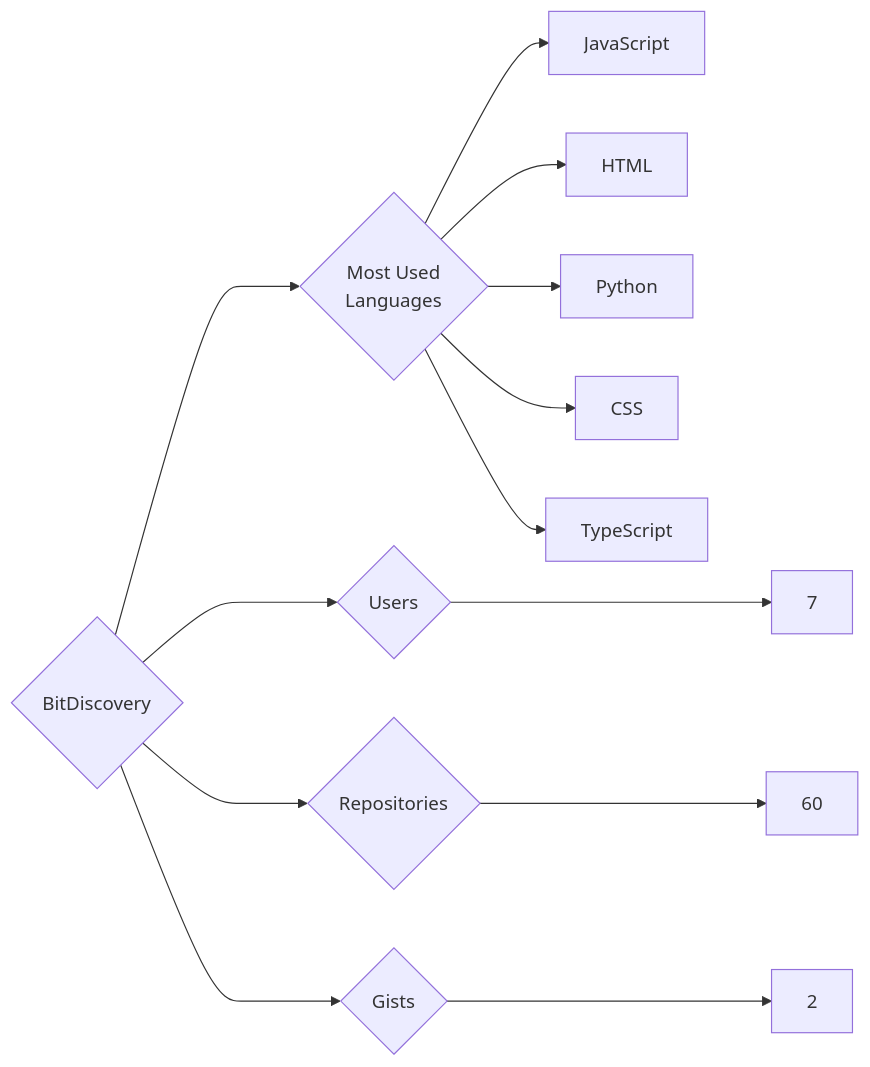
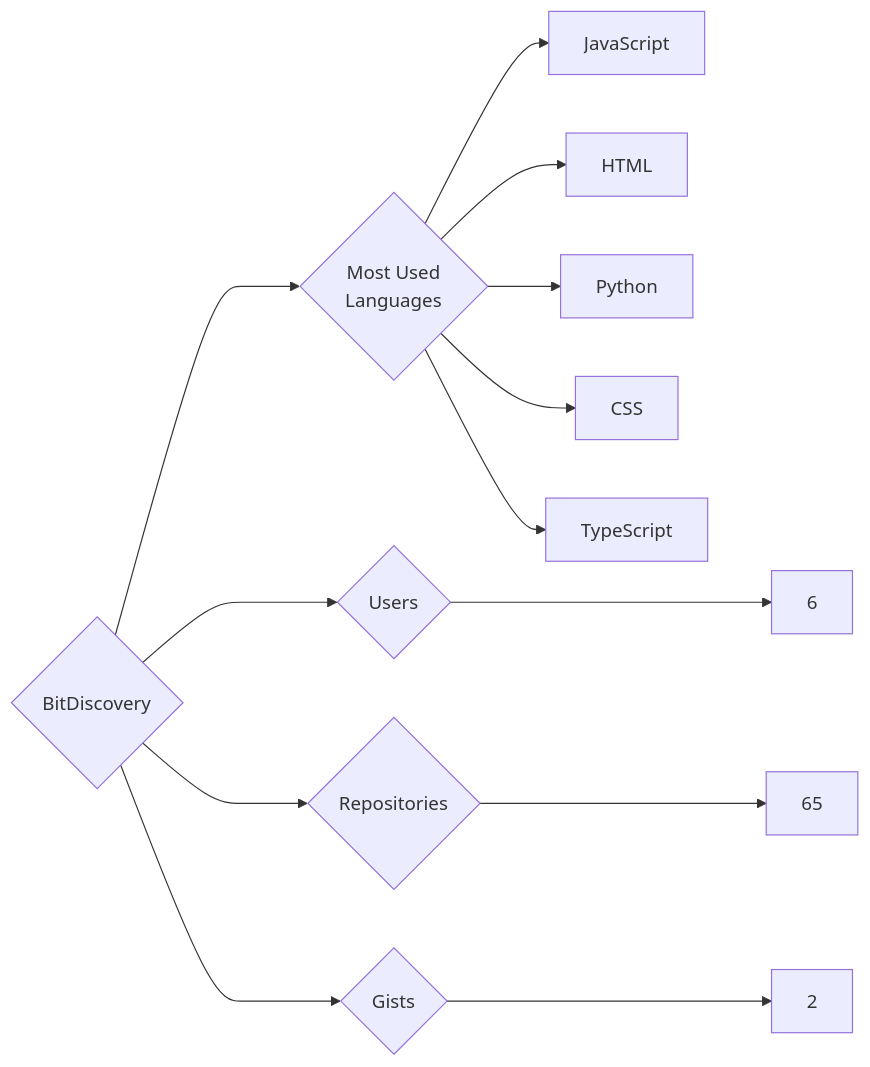
One commit to trickest/insiders changed the diagram in targets/BitDiscovery/README.md. Above: the diagram before and after it, drawn with Mermaid. The commit also changed 1036 other files, not shown here.

````diff
--- a/targets/BitDiscovery/README.md
+++ b/targets/BitDiscovery/README.md
@@ -3,13 +3,13 @@
 ```mermaid
 graph LR
 COMPANY_NAME{BitDiscovery}
-COMPANY_NAME ---> U{Users} ---> UN[7]
-COMPANY_NAME ---> R{Repositories} ---> RN[60]
+COMPANY_NAME ---> U{Users} ---> UN[6]
+COMPANY_NAME ---> R{Repositories} ---> RN[65]
 COMPANY_NAME ---> G{Gists} ---> GN[2]
 COMPANY_NAME ---> ML{Most Used<br>Languages}
 ML --> JavaScript[JavaScript]
 ML --> HTML[HTML]
 ML --> Python[Python]
 ML --> CSS[CSS]
 ML --> TypeScript[TypeScript]
 ```
````
